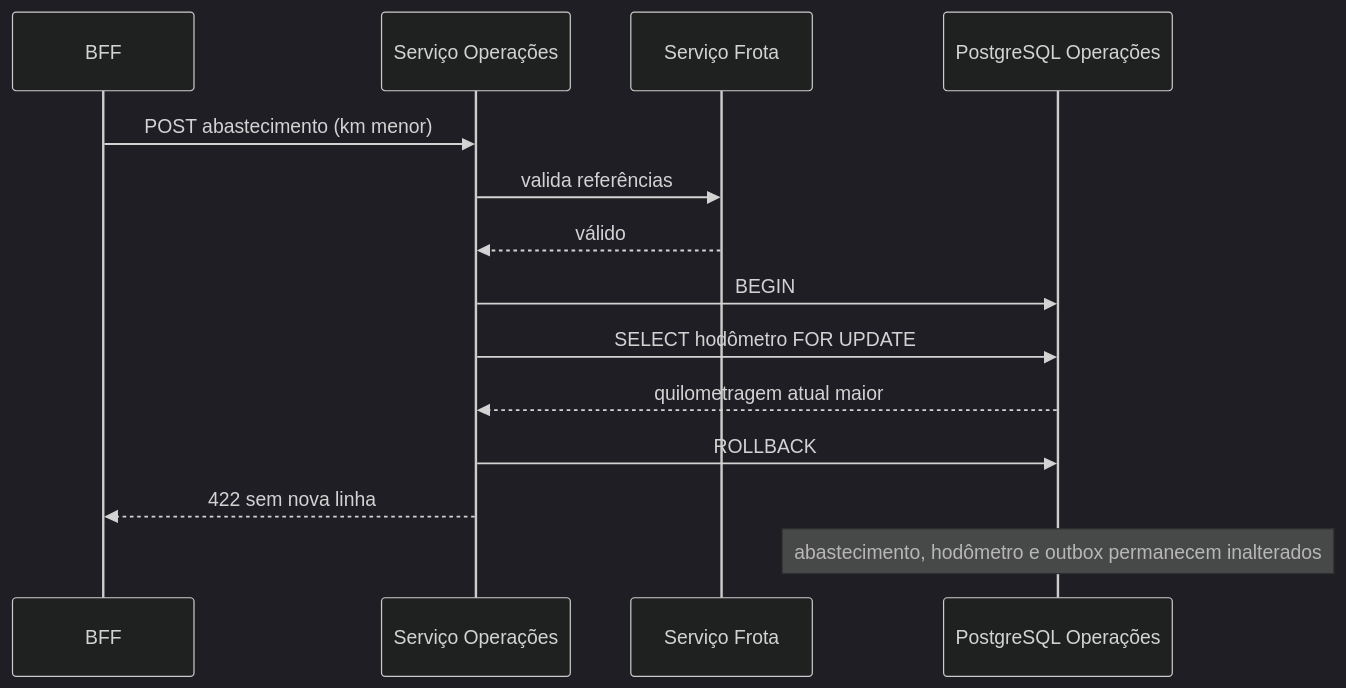
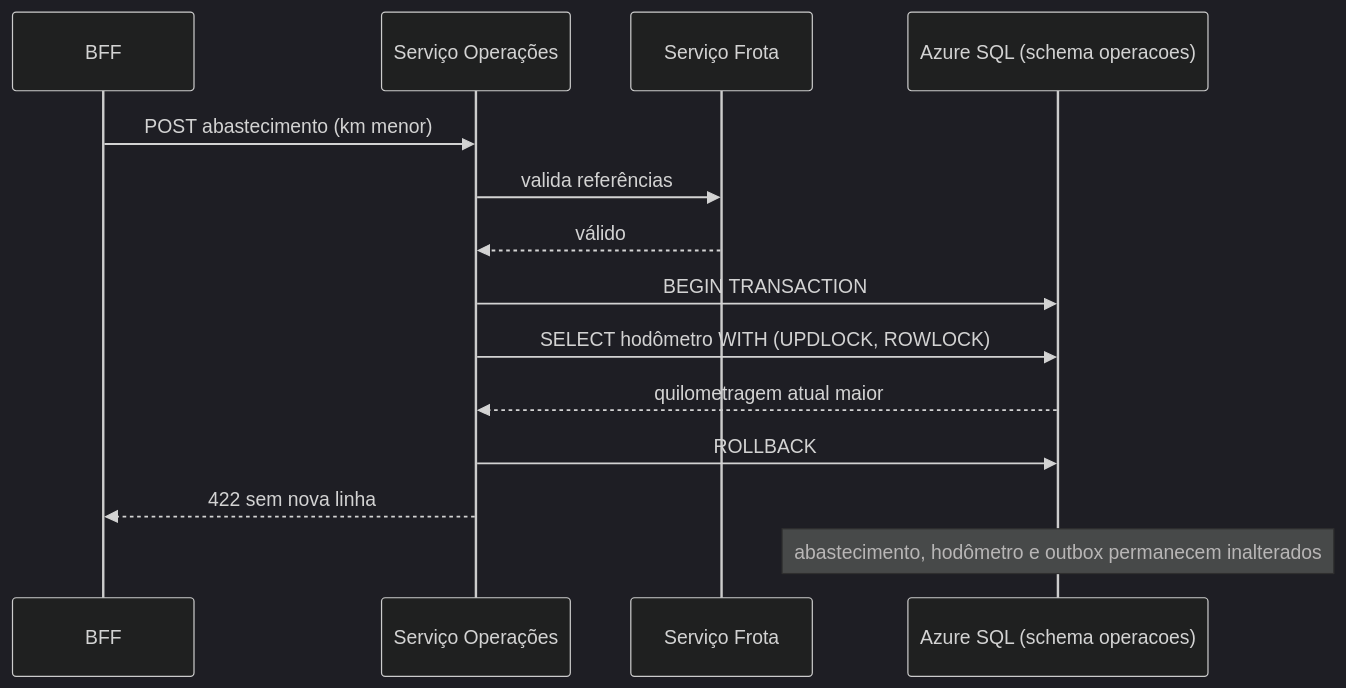
Before and after one commit to mateusblm/nexfleet: the eighth of 14 diagrams in docs/DIAGRAMAS-ARQUITETURA.md, drawn with Mermaid (dark theme). The commit also changed other lines of this file, not shown here.

Commit message:
Diagramas da v1.0.0: Frota no MongoDB, demais serviços no Azure SQL por schema e visão consolidada

````diff
--- a/docs/DIAGRAMAS-ARQUITETURA.md
+++ b/docs/DIAGRAMAS-ARQUITETURA.md
@@ -299,17 +303,17 @@
 ```mermaid
 sequenceDiagram
   participant BFF
   participant Operacoes as Serviço Operações
   participant Frota as Serviço Frota
-  participant Banco as PostgreSQL Operações
+  participant Banco as Azure SQL (schema operacoes)
 
   BFF->>Operacoes: POST abastecimento (km menor)
   Operacoes->>Frota: valida referências
   Frota-->>Operacoes: válido
-  Operacoes->>Banco: BEGIN
-  Operacoes->>Banco: SELECT hodômetro FOR UPDATE
+  Operacoes->>Banco: BEGIN TRANSACTION
+  Operacoes->>Banco: SELECT hodômetro WITH (UPDLOCK, ROWLOCK)
   Banco-->>Operacoes: quilometragem atual maior
   Operacoes->>Banco: ROLLBACK
   Operacoes-->>BFF: 422 sem nova linha
   Note over Banco: abastecimento, hodômetro e outbox permanecem inalterados
 ```
````
